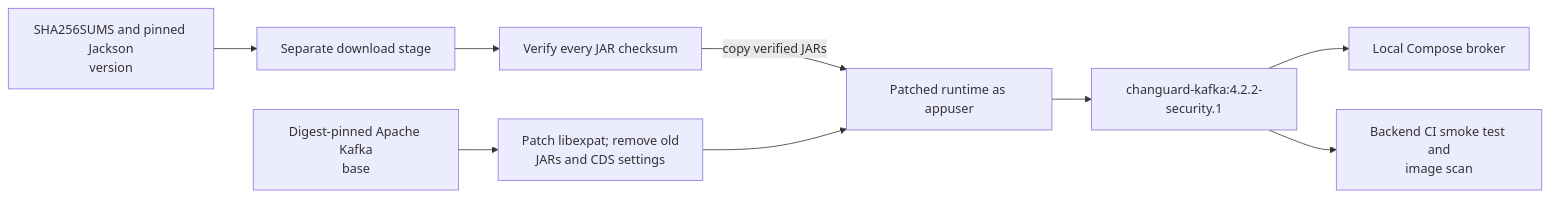
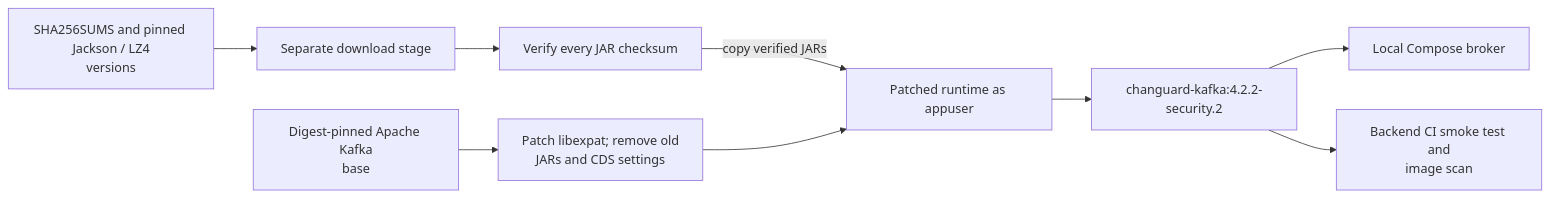
The first of 3 diagrams in backend/docker/kafka/README.md (ChangeGuardHQ/changuard-platform), drawn with Mermaid before and after one commit. The commit also changed other lines of this file and 9 other files, not shown here.

````diff
--- a/backend/docker/kafka/README.md
+++ b/backend/docker/kafka/README.md
@@ -15,11 +15,11 @@
 ```mermaid
 flowchart LR
-    Manifest["SHA256SUMS and pinned Jackson<br/>version"] --> Downloads["Separate download stage"]
+    Manifest["SHA256SUMS and pinned Jackson / LZ4<br/>versions"] --> Downloads["Separate download stage"]
     Downloads --> Verify["Verify every JAR checksum"]
     Base["Digest-pinned Apache Kafka<br/>base"] --> Patch["Patch libexpat; remove old<br/>JARs and CDS settings"]
     Verify -->|"copy verified JARs"| Runtime["Patched runtime as appuser"]
     Patch --> Runtime
-    Runtime --> Image["changuard-kafka:4.2.2-security.1"]
+    Runtime --> Image["changuard-kafka:4.2.2-security.2"]
     Image --> Compose["Local Compose broker"]
     Image --> CI["Backend CI smoke test and<br/>image scan"]
 ```
````
